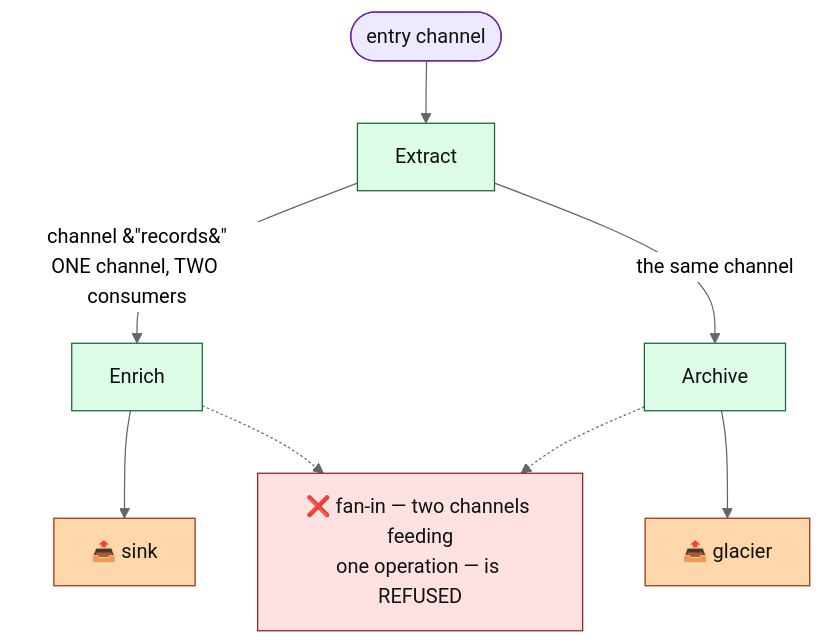
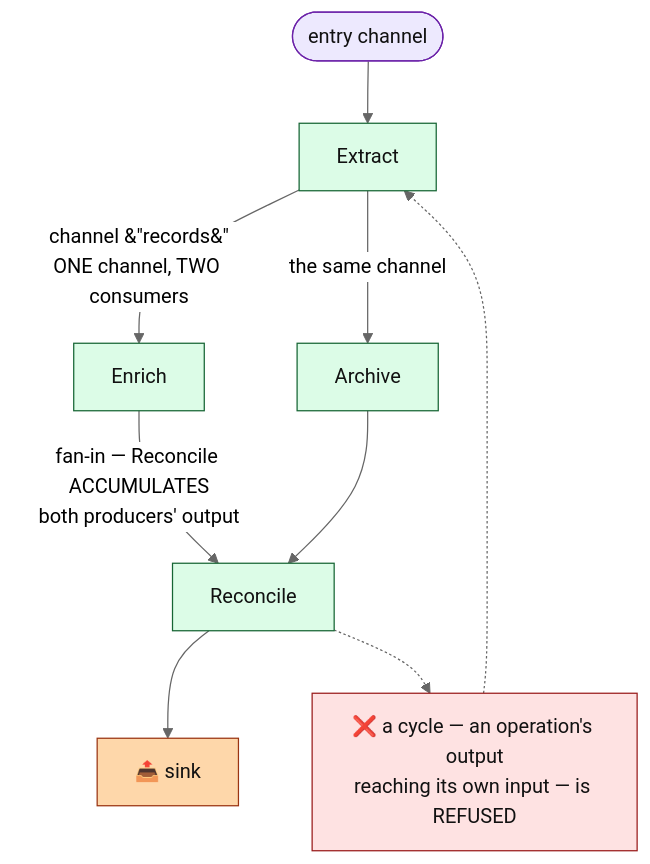
The first of 8 diagrams in docs/architecture/bounded_profile.md (Flezha/flezha), drawn with Mermaid (neutral theme) before and after one commit. The commit also changed other lines of this file and 101 other files, not shown here.

````diff
--- a/docs/architecture/bounded_profile.md
+++ b/docs/architecture/bounded_profile.md
@@ -27,24 +27,25 @@
 ```mermaid
 flowchart TB
     IN(["entry channel"]):::src
     A["Extract"]:::exec
     B["Enrich"]:::exec
     C["Archive"]:::exec
+    D["Reconcile"]:::exec
     P1["📤 sink"]:::sink
-    P2["📤 glacier"]:::sink
 
     IN --> A
     A -->|"channel &#34;records&#34;<br/>ONE channel, TWO consumers"| B
     A -->|"the same channel"| C
-    B --> P1
-    C --> P2
+    B -->|"fan-in — Reconcile ACCUMULATES<br/>both producers' output"| D
+    C --> D
+    D --> P1
 
-    FANIN["❌ fan-in — two channels feeding<br/>one operation — is REFUSED"]:::risk
-    B -.-> FANIN
-    C -.-> FANIN
+    CYC["❌ a cycle — an operation's output<br/>reaching its own input — is REFUSED"]:::risk
+    D -.-> CYC
+    CYC -.-> A
 
     classDef exec fill:#dcfce7,stroke:#166534,color:#111
     classDef sink fill:#fed7aa,stroke:#9a3412,color:#111
     classDef src fill:#ede9fe,stroke:#6b21a8,color:#111
     classDef risk fill:#fee2e2,stroke:#991b1b,color:#111
 ```
````
